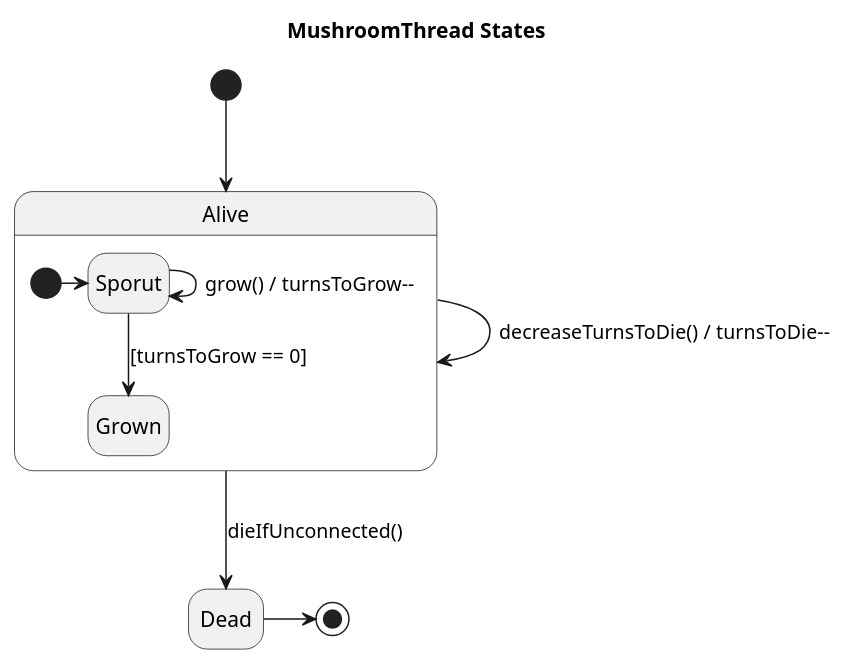
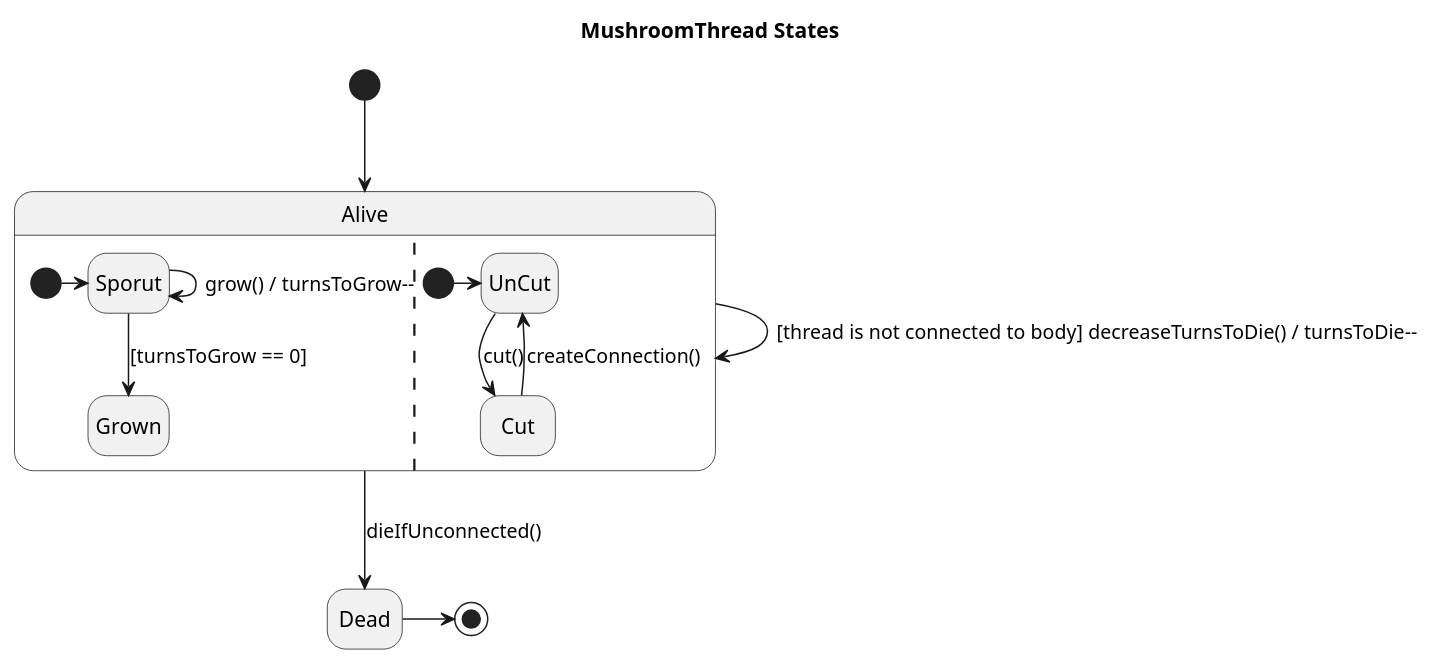
Before and after one commit to dzsem/projlab: the diagram in diagrams/state/mushroom/mushroomThread.wsd, drawn with PlantUML. The commit also changed 10 other files, not shown here.

```diff
--- a/diagrams/state/mushroom/mushroomThread.wsd
+++ b/diagrams/state/mushroom/mushroomThread.wsd
@@ -1,25 +1,33 @@
 @startuml Mushrooom Thread States
 title MushroomThread States
 
 hide empty description
 
 [*] --> Alive
 
 state Alive {
     state Sporut
     state Grown
 
     [*] -> Sporut
     Sporut -> Sporut: grow() / turnsToGrow--
     Sporut -down-> Grown: [turnsToGrow == 0]
+
+    || 
+    state Cut
+    state UnCut
+
+    [*] -> UnCut
+    UnCut --> Cut: cut()
+    Cut --> UnCut: createConnection()
 }
 
 state Dead
 
-Alive -> Alive: decreaseTurnsToDie() / turnsToDie--
+Alive -> Alive: [thread is not connected to body] decreaseTurnsToDie() / turnsToDie--
 Alive -down-> Dead: dieIfUnconnected() 
 
 Dead -> [*]
 
 
 @enduml
```
